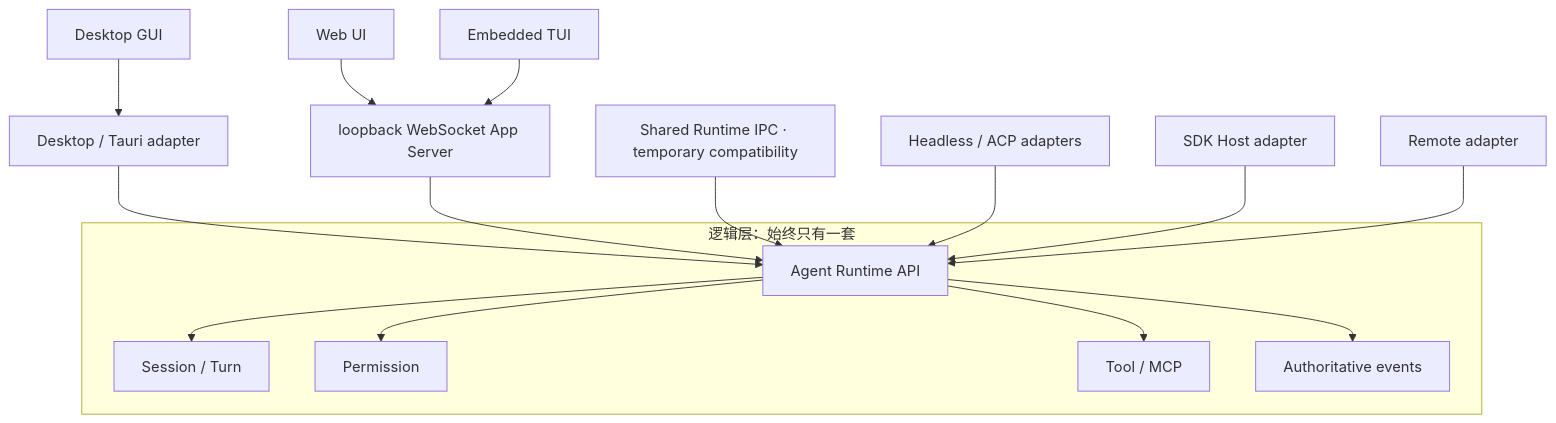
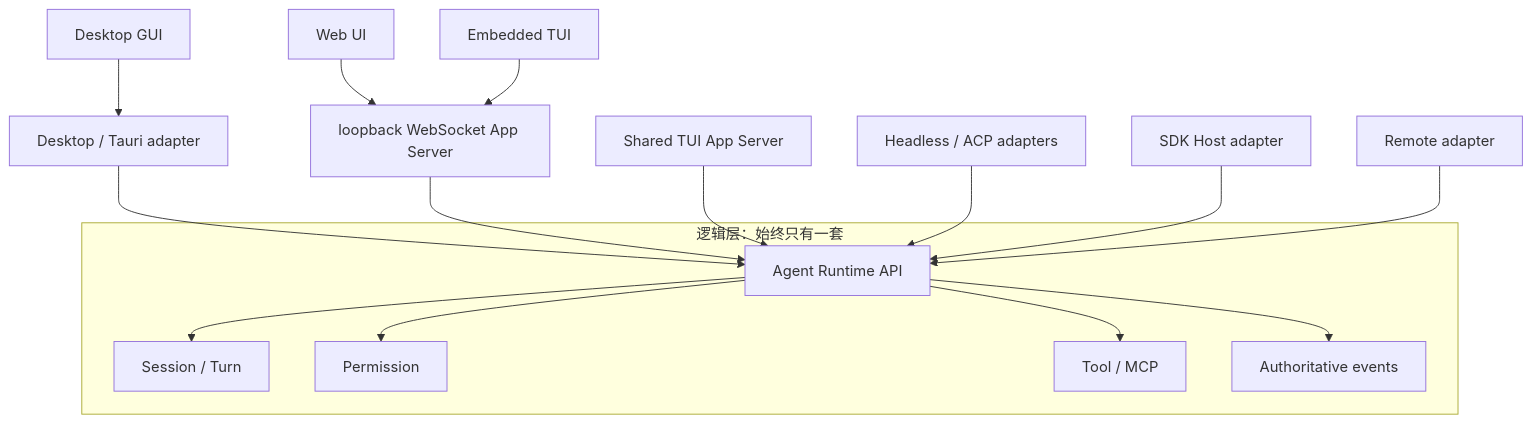
Before and after one commit to GCWing/BitFun: the fourth of 15 diagrams in docs/architecture/agent-runtime-deployment-design.md, drawn with Mermaid. The commit also changed other lines of this file and 87 other files, not shown here.

Commit message:
feat(app-server): add sharedv2 command

````diff
--- a/docs/architecture/agent-runtime-deployment-design.md
+++ b/docs/architecture/agent-runtime-deployment-design.md
@@ -98,19 +98,19 @@
 ```mermaid
 flowchart TB
   subgraph "逻辑层：始终只有一套"
     API["Agent Runtime API"] --> Session["Session / Turn"]
     API --> Permission["Permission"]
     API --> Tool["Tool / MCP"]
     API --> Events["Authoritative events"]
   end
 
   Desktop["Desktop GUI"] --> DesktopAdapter["Desktop / Tauri adapter"]
   Web["Web UI"] --> AppServer["loopback WebSocket App Server"]
   EmbeddedTUI["Embedded TUI"] --> AppServer
   DesktopAdapter --> API
   AppServer --> API
-  SharedCompat["Shared Runtime IPC · temporary compatibility"] --> API
+  SharedAS["Shared TUI App Server"] --> API
   Headless["Headless / ACP adapters"] --> API
   SDK["SDK Host adapter"] --> API
   Remote["Remote adapter"] --> API
 ```
````
